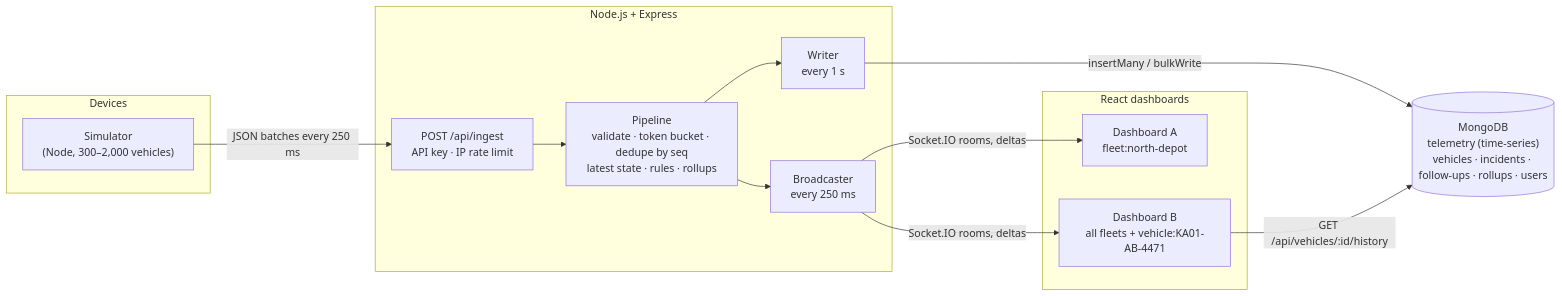
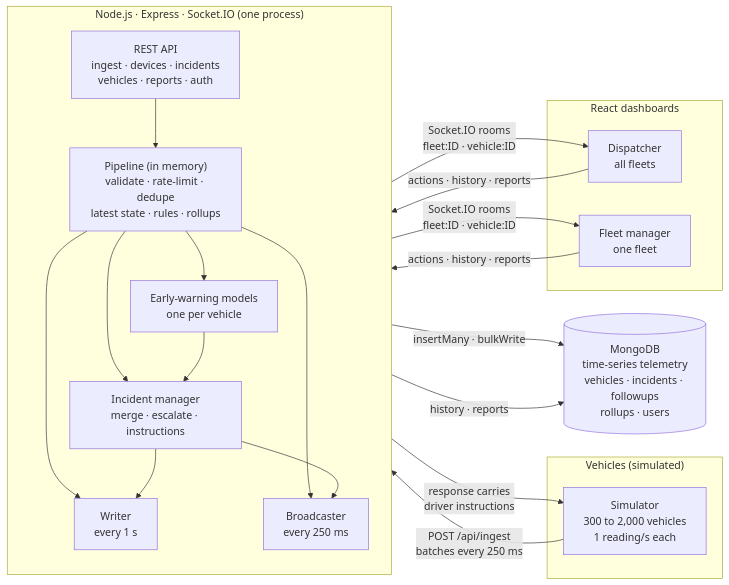
One commit to gouravanirudh05/VehicleFleetMonitoring changed the first of 5 diagrams in README.md. Above: the diagram before and after it, drawn with Mermaid. The commit also changed other lines of this file and 19 other files, not shown here.

````diff
--- a/README.md
+++ b/README.md
@@ -162,21 +101,36 @@
 ```mermaid
 flowchart LR
-  subgraph Devices
-    SIM["Simulator<br/>(Node, 300–2,000 vehicles)"]
+  subgraph Vehicles["Vehicles (simulated)"]
+    SIM["Simulator<br/>300 to 2,000 vehicles<br/>1 reading/s each"]
   end
-  subgraph Server["Node.js + Express"]
-    ING["POST /api/ingest<br/>API key · IP rate limit"]
-    PIPE["Pipeline<br/>validate · token bucket · dedupe by seq<br/>latest state · rules · rollups"]
+
+  subgraph Server["Node.js · Express · Socket.IO (one process)"]
+    direction TB
+    API["REST API<br/>ingest · devices · incidents<br/>vehicles · reports · auth"]
+    PIPE["Pipeline (in memory)<br/>validate · rate-limit · dedupe<br/>latest state · rules · rollups"]
+    ML["Early-warning models<br/>one per vehicle"]
+    INC["Incident manager<br/>merge · escalate · instructions"]
     WR["Writer<br/>every 1 s"]
-    BC["Broadcaster<br/>every 250 ms"]
+    RT["Broadcaster<br/>every 250 ms"]
+    API --> PIPE --> INC
+    PIPE --> ML --> INC
+    PIPE --> WR
+    INC --> WR
+    PIPE --> RT
+    INC --> RT
   end
-  DB[("MongoDB<br/>telemetry (time-series)<br/>vehicles · incidents · follow-ups · rollups · users")]
-  subgraph Clients["React dashboards"]
-    D1["Dashboard A<br/>fleet:north-depot"]
-    D2["Dashboard B<br/>all fleets + vehicle:KA01-AB-4471"]
+
+  DB[("MongoDB<br/>time-series telemetry<br/>vehicles · incidents · followups<br/>rollups · users")]
+
+  subgraph Screens["React dashboards"]
+    D1["Dispatcher<br/>all fleets"]
+    D2["Fleet manager<br/>one fleet"]
   end
-  SIM -- "JSON batches every 250 ms" --> ING --> PIPE
-  PIPE --> WR -- "insertMany / bulkWrite" --> DB
-  PIPE --> BC -- "Socket.IO rooms, deltas" --> D1 & D2
-  D2 -- "GET /api/vehicles/:id/history" --> DB
+
+  SIM -- "POST /api/ingest<br/>batches every 250 ms" --> API
+  API -- "response carries<br/>driver instructions" --> SIM
+  WR -- "insertMany · bulkWrite" --> DB
+  API -- "history · reports" --> DB
+  RT -- "Socket.IO rooms<br/>fleet:ID · vehicle:ID" --> D1 & D2
+  D1 & D2 -- "actions · history · reports" --> API
 ```
````
